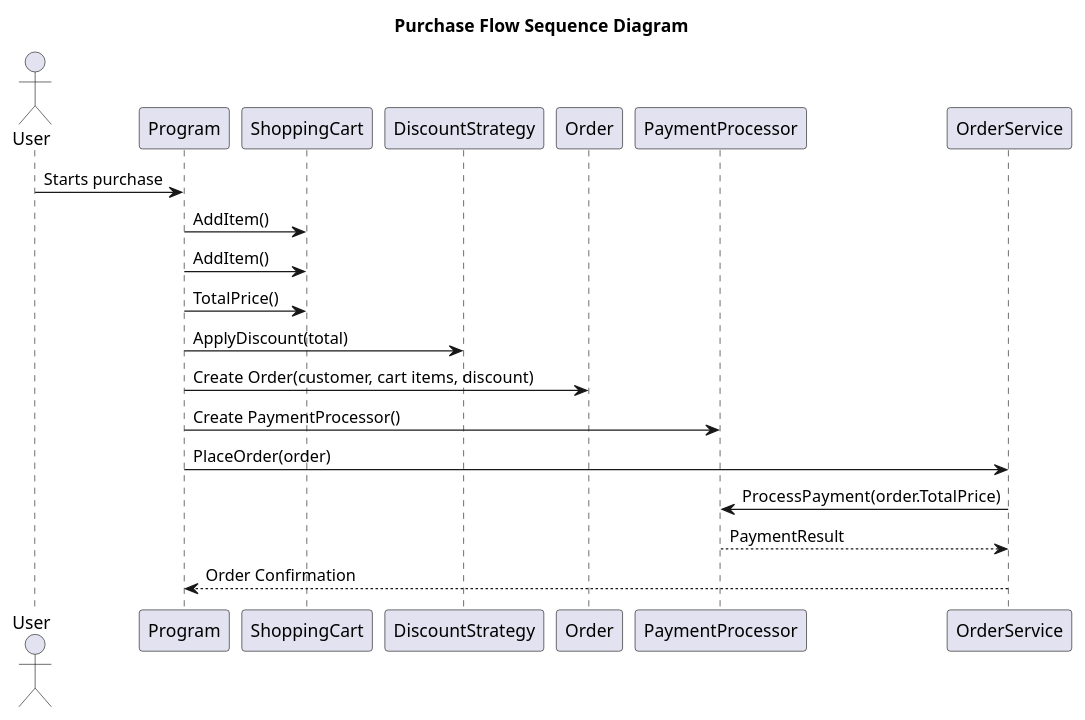
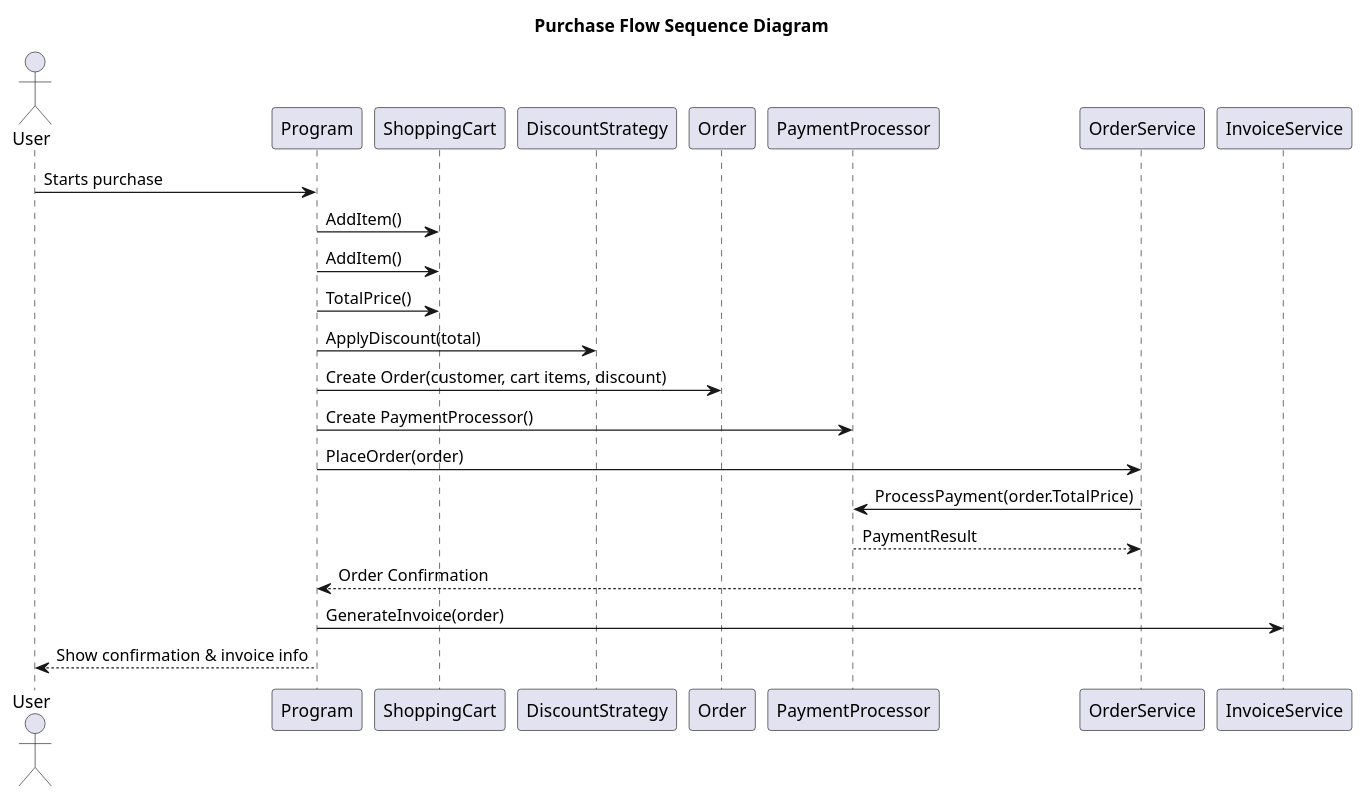
One commit to HiagoACS/ClothingStore changed the diagram in Docs/Diagrams/Sequence-Purchase.puml. Above: the diagram before and after it, drawn with PlantUML. The commit also changed 4 other files, not shown here.

```diff
--- a/Docs/Diagrams/Sequence-Purchase.puml
+++ b/Docs/Diagrams/Sequence-Purchase.puml
@@ -1,29 +1,34 @@
 @startuml
 title Purchase Flow Sequence Diagram
 
 actor User
 
 participant Program
 participant ShoppingCart
 participant DiscountStrategy
 participant Order
 participant PaymentProcessor
 participant OrderService
+participant InvoiceService
 
 User -> Program : Starts purchase
 Program -> ShoppingCart : AddItem()
 Program -> ShoppingCart : AddItem()
 
 Program -> ShoppingCart : TotalPrice()
 Program -> DiscountStrategy : ApplyDiscount(total)
 
 Program -> Order : Create Order(customer, cart items, discount)
 Program -> PaymentProcessor : Create PaymentProcessor()
 
 Program -> OrderService : PlaceOrder(order)
 OrderService -> PaymentProcessor : ProcessPayment(order.TotalPrice)
 PaymentProcessor --> OrderService : PaymentResult
 
 OrderService --> Program : Order Confirmation
 
+Program -> InvoiceService : GenerateInvoice(order)
+
+Program --> User : Show confirmation & invoice info
+
 @enduml
```
